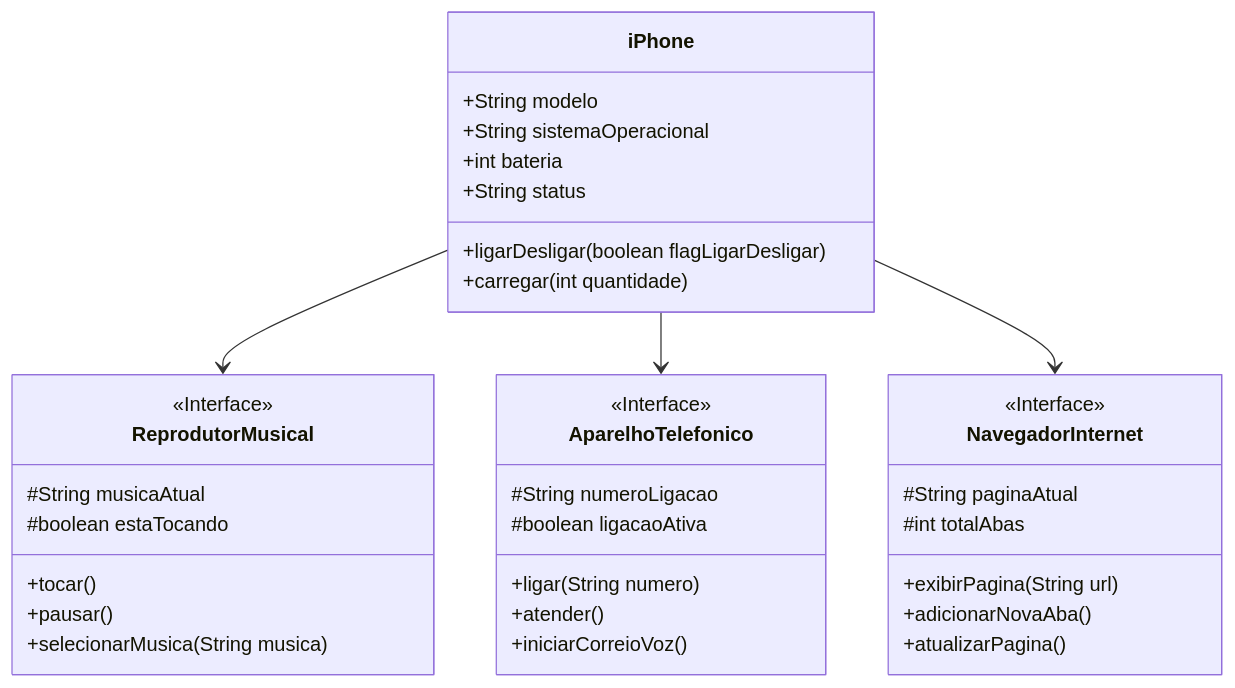
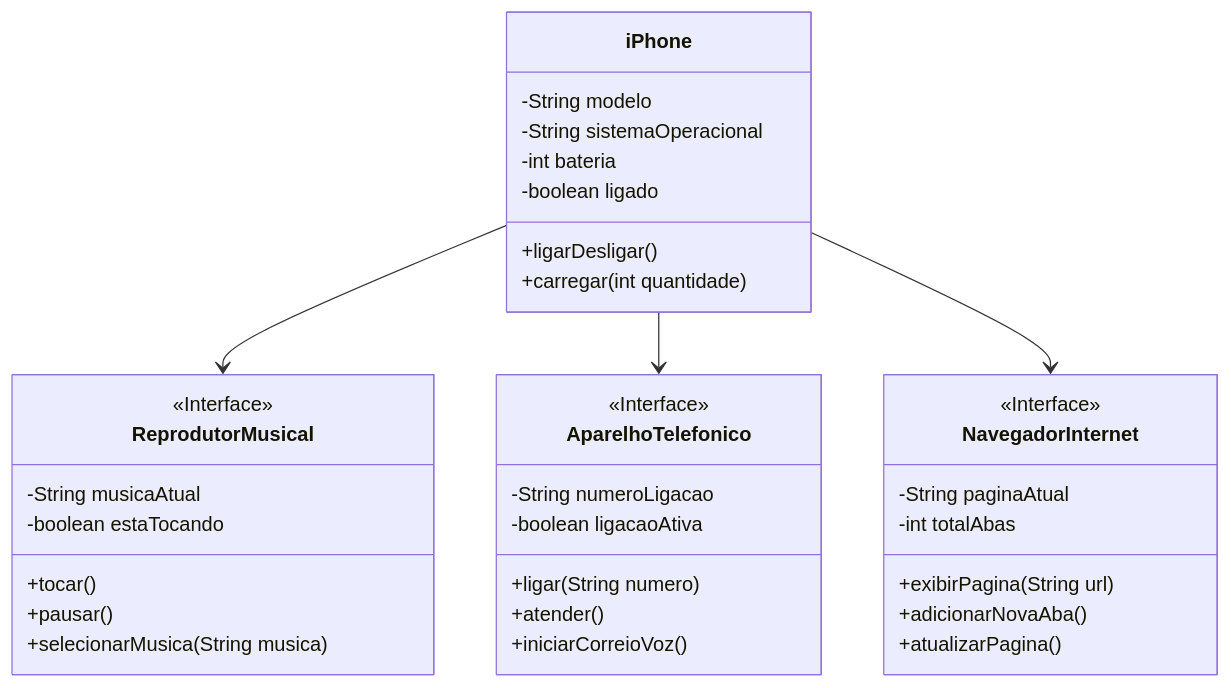
Before and after one commit to BenedettiSaulo/dio-trilha-java-basico: the diagram in desafios/poo/README.md, drawn with Mermaid. The commit also changed other lines of this file and 7 other files, not shown here.

````diff
--- a/desafios/poo/README.md
+++ b/desafios/poo/README.md
@@ -31,43 +31,43 @@
 ```mermaid
 classDiagram
     class ReprodutorMusical {
         <<Interface>>
-        #String musicaAtual 
-        #boolean estaTocando
+        -String musicaAtual 
+        -boolean estaTocando
         +tocar()
         +pausar()
         +selecionarMusica(String musica)
     }
 
     class AparelhoTelefonico {
         <<Interface>>
-        #String numeroLigacao
-        #boolean ligacaoAtiva
+        -String numeroLigacao
+        -boolean ligacaoAtiva
         +ligar(String numero)
         +atender()
         +iniciarCorreioVoz()
     }
 
     class NavegadorInternet {
         <<Interface>>
-        #String paginaAtual
-        #int totalAbas
+        -String paginaAtual
+        -int totalAbas
         +exibirPagina(String url)
         +adicionarNovaAba()
         +atualizarPagina()
     }
 
     class iPhone {
-        +String modelo
-        +String sistemaOperacional
-        +int bateria
-        +String status
-        +ligarDesligar(boolean flagLigarDesligar)
+        -String modelo
+        -String sistemaOperacional
+        -int bateria
+        -boolean ligado
+        +ligarDesligar()
         +carregar(int quantidade)
     }
 
     iPhone --> ReprodutorMusical
     iPhone --> AparelhoTelefonico
     iPhone --> NavegadorInternet
     
 ```
````
